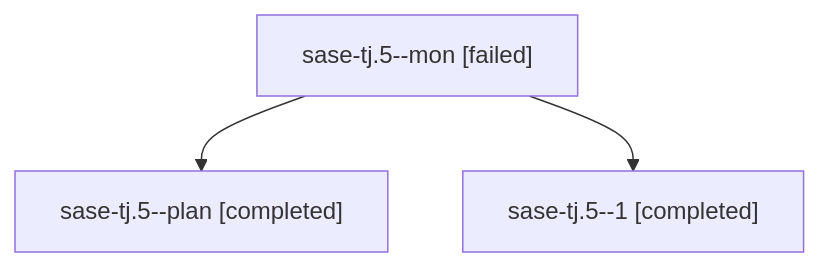
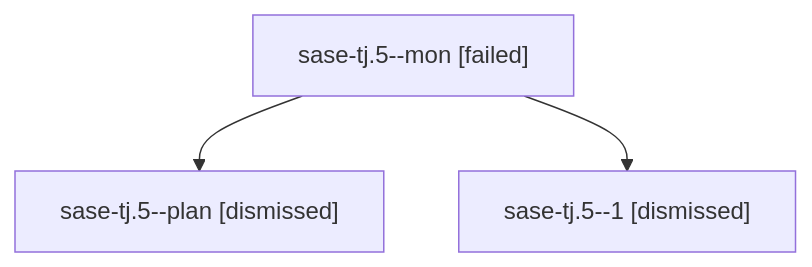
Before and after one commit to sase-org/sase--agents: the diagram in families/bbugyi200.athena.sase-tj.5.md, drawn with Mermaid. The commit also changed other lines of this file and 197 other files, not shown here.

````diff
--- a/families/bbugyi200.athena.sase-tj.5.md
+++ b/families/bbugyi200.athena.sase-tj.5.md
@@ -9,8 +9,8 @@
 ```mermaid
 flowchart TD
   n0["sase-tj.5--mon [failed]"]
-  n1["sase-tj.5--plan [completed]"]
+  n1["sase-tj.5--plan [dismissed]"]
   n0 --> n1
-  n2["sase-tj.5--1 [completed]"]
+  n2["sase-tj.5--1 [dismissed]"]
   n0 --> n2
 ```
````
